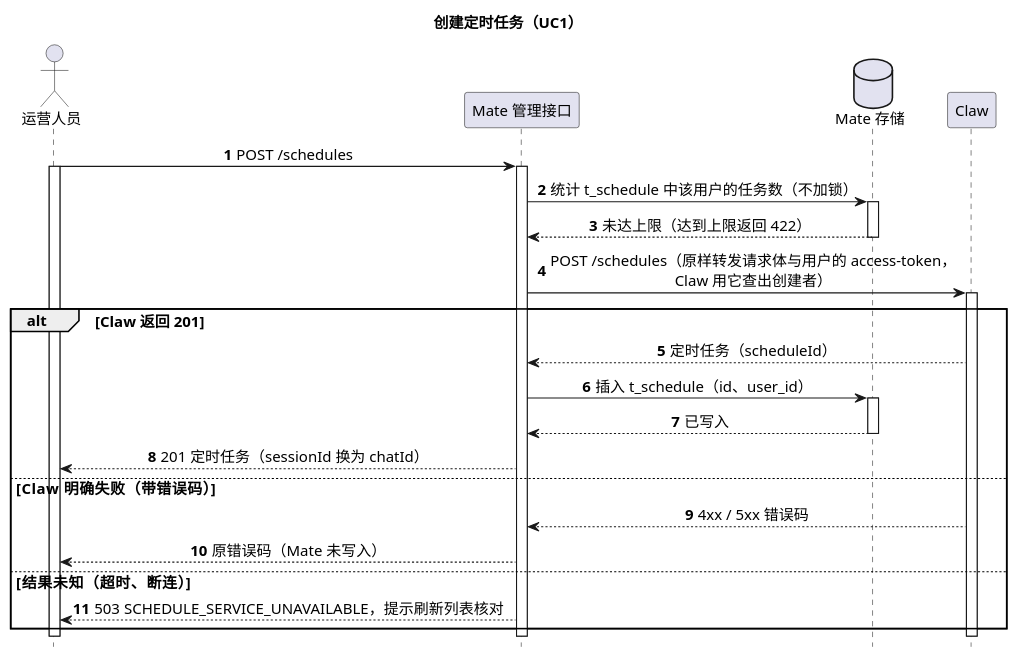
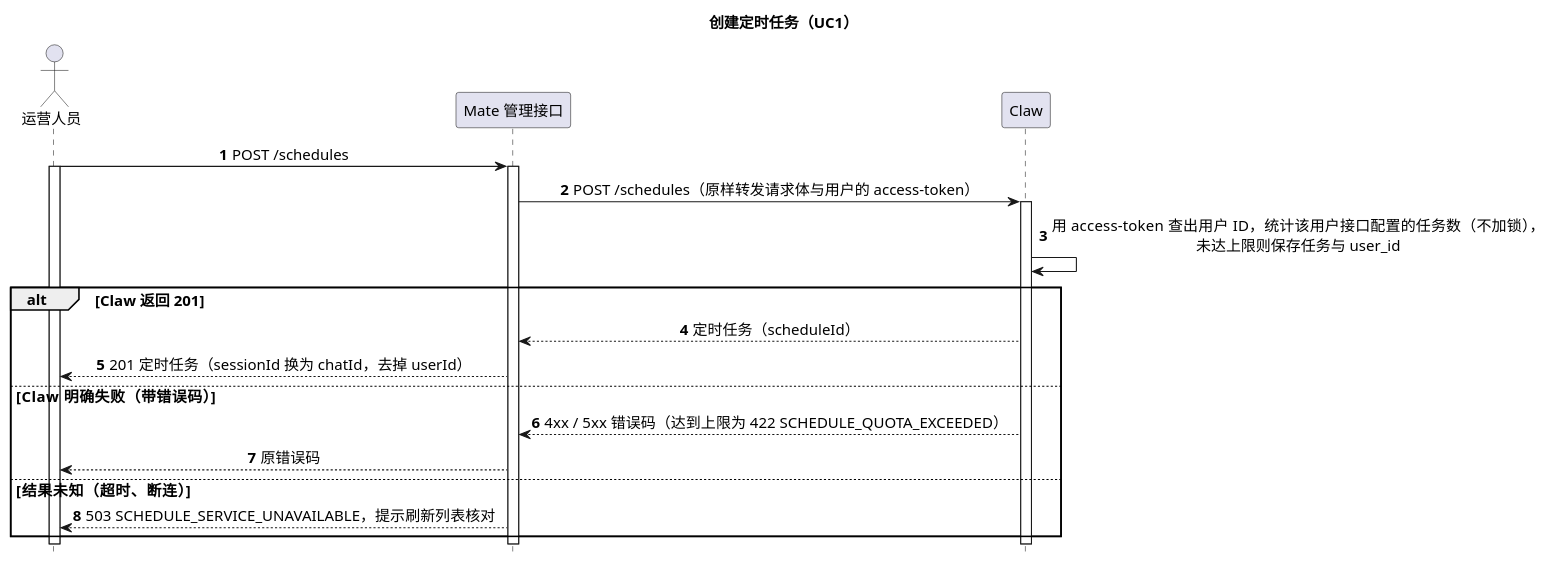
The second of 14 diagrams in 02-服务与接口/08-CampusMate定时任务/diagram.puml (ssm0808/pi-mono-java-design), drawn with PlantUML before and after one commit. The commit also changed other lines of this file and 32 other files, not shown here.

First line of the commit message:
定时任务：去掉 Mate t_schedule，任务归属只在 Claw user_id

```diff
--- a/02-服务与接口/08-CampusMate定时任务/diagram.puml
+++ b/02-服务与接口/08-CampusMate定时任务/diagram.puml
@@ -50,35 +47,31 @@
 @startuml mate_schedule_create
 ' 目标：待实现；UC1 创建接口配置的任务。
-' Claw 接口：POST /campusclaw-service/v1/schedules，见 01-总体架构/08-CampusClaw定时任务/README.md 第 4.4 节。
+' Claw 接口：POST /campusclaw-service/v1/schedules，见 01-总体架构/08-CampusClaw定时任务/README.md 第 4.4 节；按用户查询见第 4.8.3 节。
 ' mate-service 源码未核验；用户认证与权限由 Mate 框架按 access-token 在进入管理接口前完成，不在本图中。
-' 表达方式：画正常创建与 Claw 结果三种去向；配额统计不加锁；写入失败直接返回 500，Claw 残留的对账见 README.md 第 3.7 节。
+' 表达方式：画 Claw 结果三种去向；配额与创建者都在 Claw，Mate 不写任何记录（2026-10-21 确定）。
 title 创建定时任务（UC1）
 hide footbox
 skinparam backgroundColor white
 skinparam defaultFontSize 14
 skinparam sequenceMessageAlign center
 actor "运营人员" as Operator
 participant "Mate 管理接口" as Mate
-database "Mate 存储" as MateStore
 participant "Claw" as Claw
 autonumber
 Operator -> Mate ++ : POST /schedules
 activate Operator
-Mate -> MateStore ++ : 统计 t_schedule 中该用户的任务数（不加锁）
-return 未达上限（达到上限返回 422）
-Mate -> Claw ++ : POST /schedules（原样转发请求体与用户的 access-token，\nClaw 用它查出创建者）
+Mate -> Claw ++ : POST /schedules（原样转发请求体与用户的 access-token）
+Claw -> Claw : 用 access-token 查出用户 ID，统计该用户接口配置的任务数（不加锁），\n未达上限则保存任务与 user_id
 alt Claw 返回 201
   Claw --> Mate : 定时任务（scheduleId）
-  Mate -> MateStore ++ : 插入 t_schedule（id、user_id）
-  return 已写入
-  Mate --> Operator : 201 定时任务（sessionId 换为 chatId）
+  Mate --> Operator : 201 定时任务（sessionId 换为 chatId，去掉 userId）
 else Claw 明确失败（带错误码）
-  Claw --> Mate : 4xx / 5xx 错误码
-  Mate --> Operator : 原错误码（Mate 未写入）
+  Claw --> Mate : 4xx / 5xx 错误码（达到上限为 422 SCHEDULE_QUOTA_EXCEEDED）
+  Mate --> Operator : 原错误码
 else 结果未知（超时、断连）
   Mate --> Operator : 503 SCHEDULE_SERVICE_UNAVAILABLE，提示刷新列表核对
 end
 deactivate Claw
 deactivate Mate
 deactivate Operator
 @enduml
```
